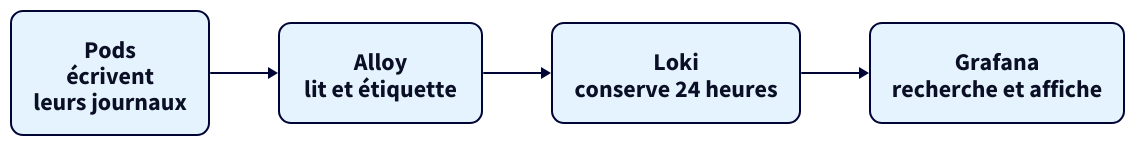
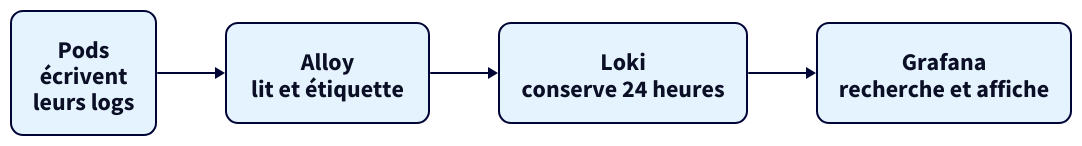
Before and after one commit to kitaah/pme: the diagram in docs/outils/loki.md, drawn with D2. The commit also changed other lines of this file and 38 other files, not shown here.

````diff
--- a/docs/outils/loki.md
+++ b/docs/outils/loki.md
@@ -22,29 +22,29 @@
 ```d2
 vars: {
   d2-config: {
     layout-engine: elk
     theme-id: 5
     pad: 8
   }
 }
 direction: right
 
 # Mise en forme commune : texte lisible à la largeur de la page, angles arrondis
 classes: {
   boite: {
     style: {
       font-size: 24
       border-radius: 12
     }
   }
 }
 
-pods: "Pods\nécrivent\nleurs journaux" {class: boite}
+pods: "Pods\nécrivent\nleurs logs" {class: boite}
 alloy: "Alloy\nlit et étiquette" {class: boite}
 loki: "Loki\nconserve 24 heures" {class: boite}
 grafana: "Grafana\nrecherche et affiche" {class: boite}
 
 pods -> alloy
 alloy -> loki
 loki -> grafana
 ```
````
